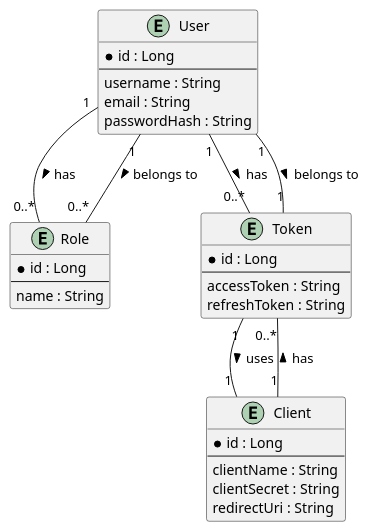
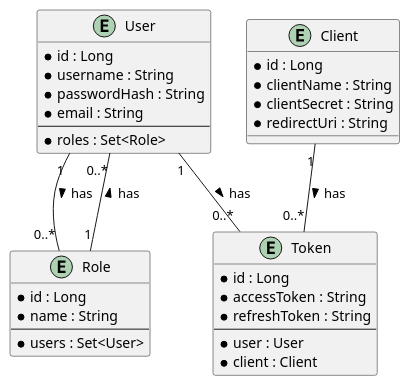
Before and after one commit to Dinesh-s95/AutoDoc.ai: the sixth of 6 diagrams in identityprovider/documentation/detaileddesign.adoc, drawn with PlantUML. The commit also changed other lines of this file and 4 other files, not shown here.

````diff
--- a/identityprovider/documentation/detaileddesign.adoc
+++ b/identityprovider/documentation/detaileddesign.adoc
@@ -360,39 +444,41 @@
-```plantuml
+[plantuml, "entity-relationship-diagram", png]
+----
 @startuml
 entity User {
   * id : Long
-  ---
-  username : String
-  email : String
-  passwordHash : String
+  * username : String
+  * passwordHash : String
+  * email : String
+  --
+  * roles : Set<Role>
 }
 
 entity Role {
   * id : Long
-  ---
-  name : String
+  * name : String
+  --
+  * users : Set<User>
 }
 
 entity Client {
   * id : Long
-  ---
-  clientName : String
-  clientSecret : String
-  redirectUri : String
+  * clientName : String
+  * clientSecret : String
+  * redirectUri : String
 }
 
 entity Token {
   * id : Long
-  ---
-  accessToken : String
-  refreshToken : String
+  * accessToken : String
+  * refreshToken : String
+  --
+  * user : User
+  * client : Client
 }
 
 User "1" -- "0..*" Role : has >
-Role "0..*" -- "1" User : belongs to <
+Role "1" -- "0..*" User : has >
 User "1" -- "0..*" Token : has >
-Token "1" -- "1" User : belongs to <
-Token "1" -- "1" Client : uses >
 Client "1" -- "0..*" Token : has >
 @enduml
-```
+----
````
